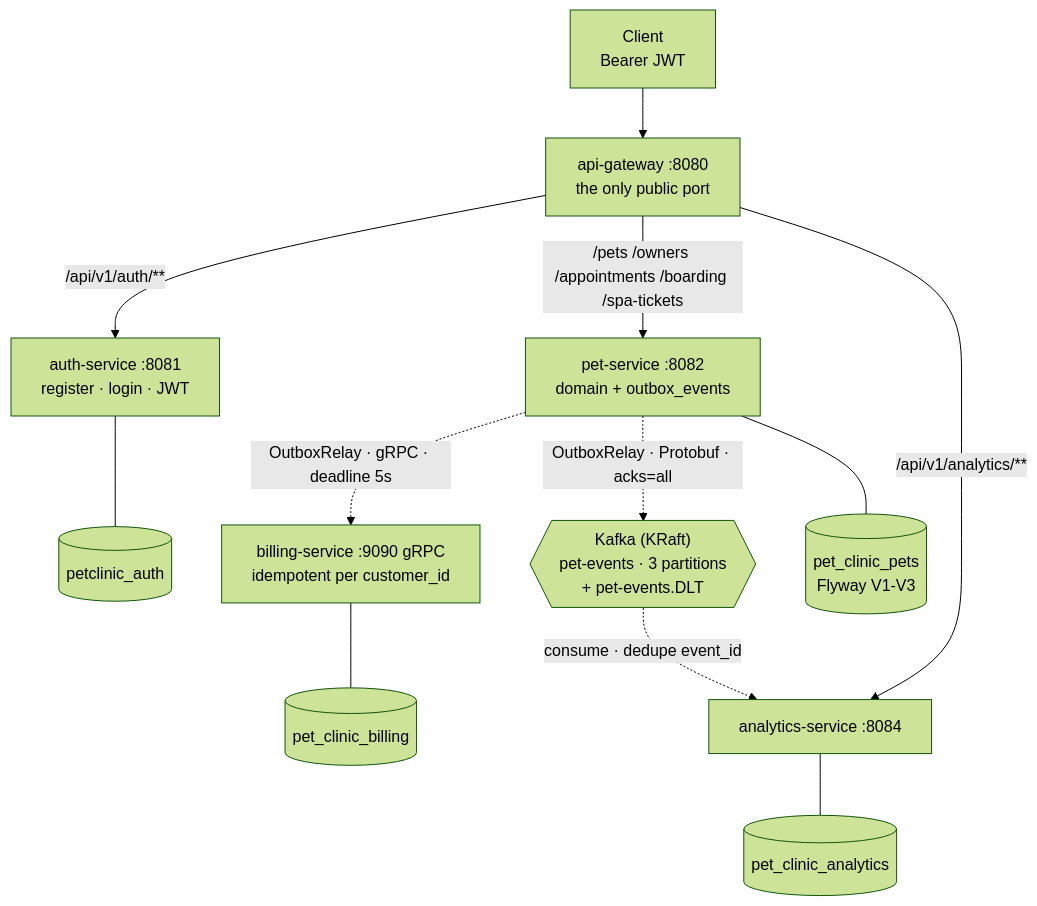
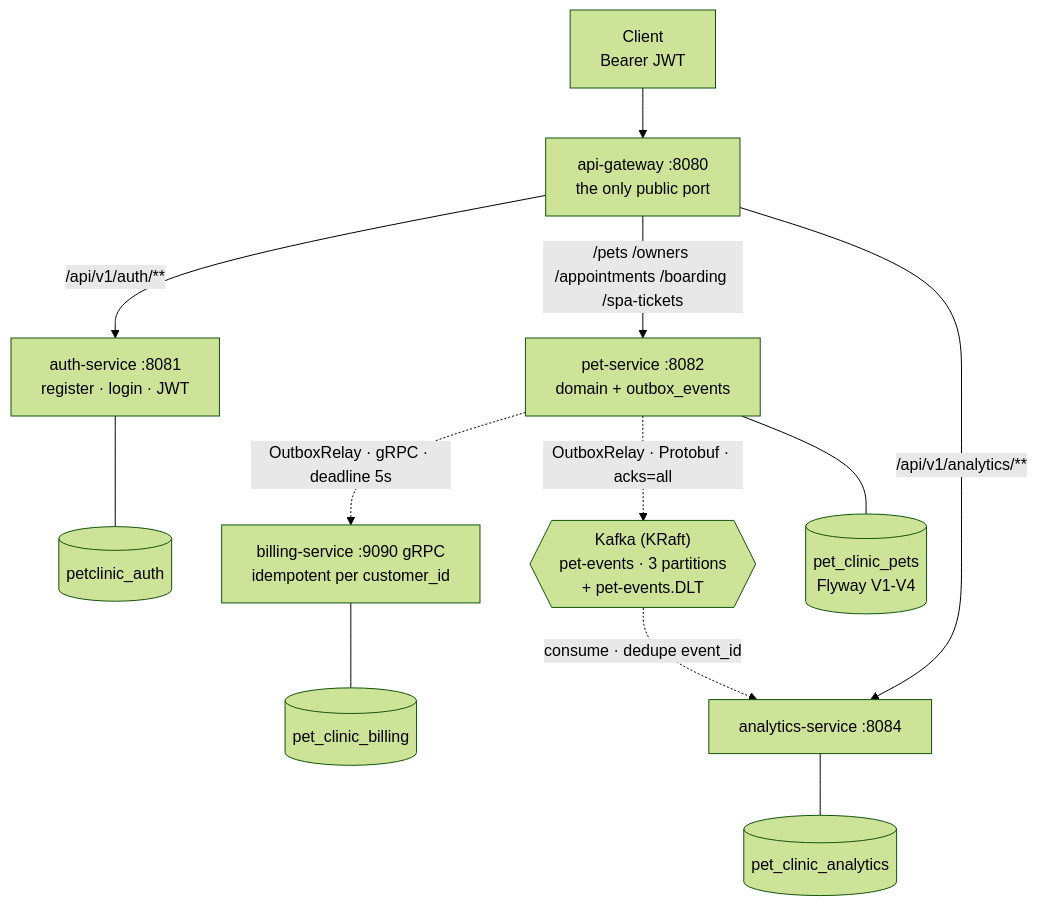
Before and after one commit to Phongasfd/pet-clinic-management: the first of 2 diagrams in README.md, drawn with Mermaid (forest theme). The commit also changed other lines of this file and 12 other files, not shown here.

Commit message:
feat: add JWT validation and Flyway V4 migration for pet-service

````diff
--- a/README.md
+++ b/README.md
@@ -35,14 +35,14 @@
 ```mermaid
 flowchart TB
     client["Client<br/>Bearer JWT"] --> gw["api-gateway :8080<br/>the only public port"]
     gw -->|/api/v1/auth/**| auth["auth-service :8081<br/>register · login · JWT"]
     gw -->|"/pets /owners /appointments /boarding /spa-tickets"| pet["pet-service :8082<br/>domain + outbox_events"]
     gw -->|/api/v1/analytics/**| an["analytics-service :8084"]
     pet -.->|"OutboxRelay · gRPC · deadline 5s"| bill["billing-service :9090 gRPC<br/>idempotent per customer_id"]
     pet -.->|"OutboxRelay · Protobuf · acks=all"| kafka{{"Kafka (KRaft)<br/>pet-events · 3 partitions<br/>+ pet-events.DLT"}}
     kafka -.->|"consume · dedupe event_id"| an
     auth --- dba[(petclinic_auth)]
-    pet --- dbp[(pet_clinic_pets<br/>Flyway V1-V3)]
+    pet --- dbp[(pet_clinic_pets<br/>Flyway V1-V4)]
     bill --- dbb[(pet_clinic_billing)]
     an --- dbn[(pet_clinic_analytics)]
 ```
````
